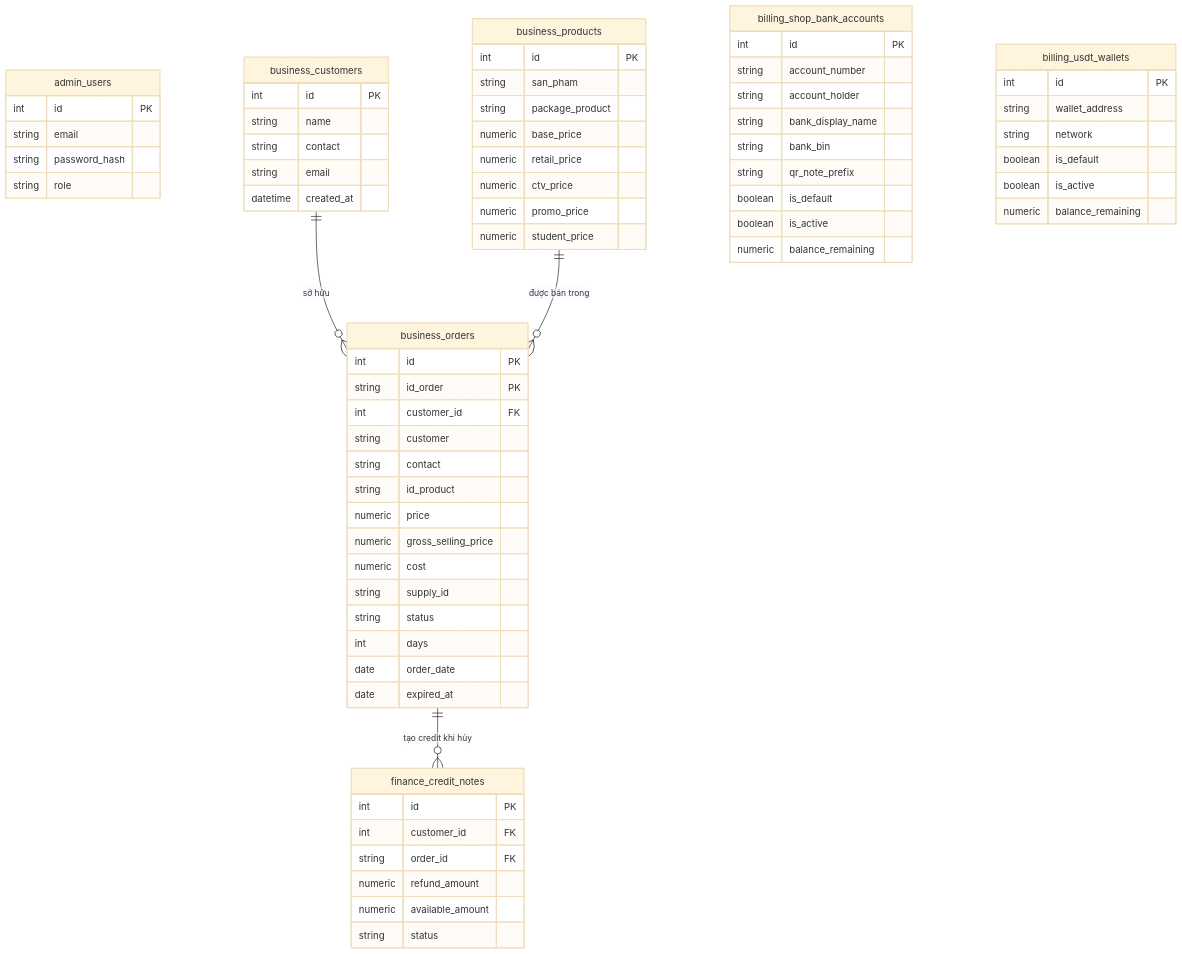
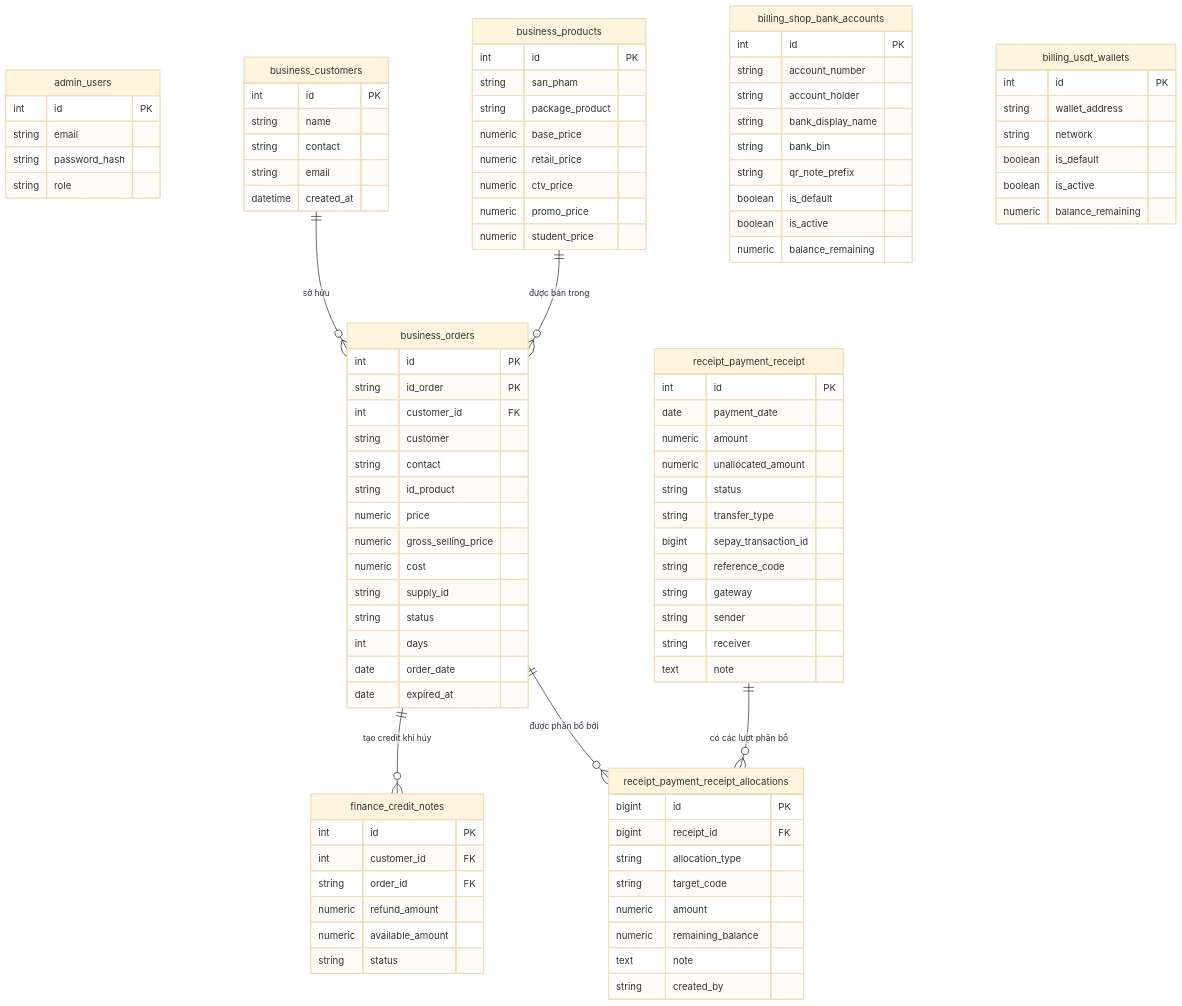
The third of 3 diagrams in v2/ARCHITECTURE.md (hungnln2102/admin_orderlist), drawn with Mermaid (base theme) before and after one commit. The commit also changed other lines of this file and 7 other files, not shown here.

````diff
--- a/v2/ARCHITECTURE.md
+++ b/v2/ARCHITECTURE.md
@@ -190,6 +208,32 @@
         date expired_at
     }
 
+    receipt_payment_receipt {
+        int id PK
+        date payment_date
+        numeric amount
+        numeric unallocated_amount
+        string status
+        string transfer_type
+        bigint sepay_transaction_id
+        string reference_code
+        string gateway
+        string sender
+        string receiver
+        text note
+    }
+
+    receipt_payment_receipt_allocations {
+        bigint id PK
+        bigint receipt_id FK
+        string allocation_type
+        string target_code
+        numeric amount
+        numeric remaining_balance
+        text note
+        string created_by
+    }
+
     billing_shop_bank_accounts {
         int id PK
         string account_number
@@ -223,4 +267,6 @@
     business_customers ||--o{ business_orders : "sở hữu"
     business_orders ||--o{ finance_credit_notes : "tạo credit khi hủy"
     business_products ||--o{ business_orders : "được bán trong"
+    receipt_payment_receipt ||--o{ receipt_payment_receipt_allocations : "có các lượt phân bổ"
+    business_orders ||--o{ receipt_payment_receipt_allocations : "được phân bổ bởi"
 ```
````
